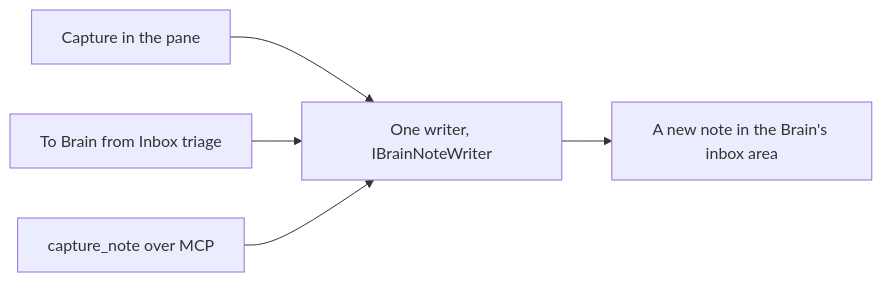
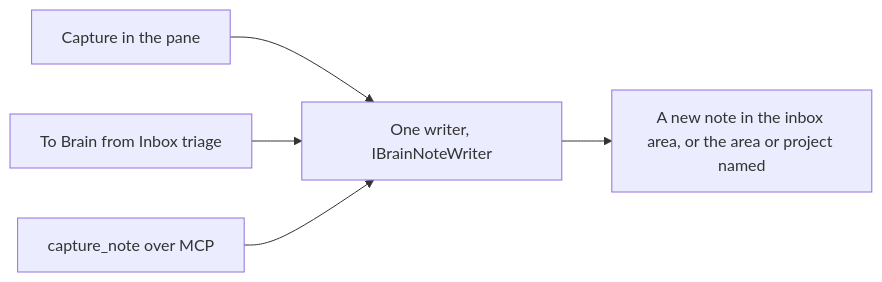
Before and after one commit to JSdotNet/Backlog: the second of 2 diagrams in .devbook/domain/brain/features.md, drawn with Mermaid. The commit also changed other lines of this file and 39 other files, not shown here.

First line of the commit message:
feat(inbox): let To Brain pick its destination, and give the Brain a someday area

````diff
--- a/.devbook/domain/brain/features.md
+++ b/.devbook/domain/brain/features.md
@@ -337,7 +337,7 @@
 ```mermaid
 flowchart LR
     Capture[Capture in the pane] --> Writer
     Triage[To Brain from Inbox triage] --> Writer
     Tool[capture_note over MCP] --> Writer
-    Writer[One writer, IBrainNoteWriter] --> Note[A new note in the Brain's inbox area]
+    Writer[One writer, IBrainNoteWriter] --> Note[A new note in the inbox area, or the area or project named]
 ```
````
